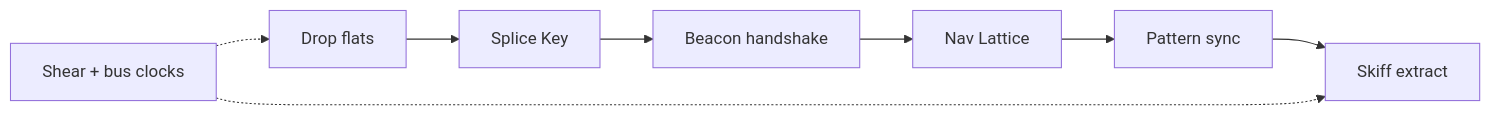
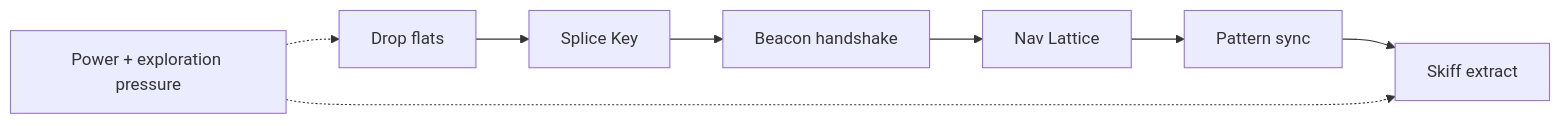
One commit to tomaszwojcikowski/extraction-window changed the diagram in docs/V1.md. Above: the diagram before and after it, drawn with Mermaid. The commit also changed other lines of this file and 45 other files, not shown here.

First line of the commit message:
feat: waves 11–13 — Power-only clock and kit spend pressure

````diff
--- a/docs/V1.md
+++ b/docs/V1.md
@@ -17,10 +17,10 @@
 ```mermaid
 flowchart LR
   drop[Drop flats] --> key[Splice Key]
   key --> beacon[Beacon handshake]
   beacon --> core[Nav Lattice]
   core --> sync[Pattern sync]
   sync --> pad[Skiff extract]
-  clocks[Shear + bus clocks] -.-> drop
+  clocks[Power + exploration pressure] -.-> drop
   clocks -.-> pad
 ```
````
